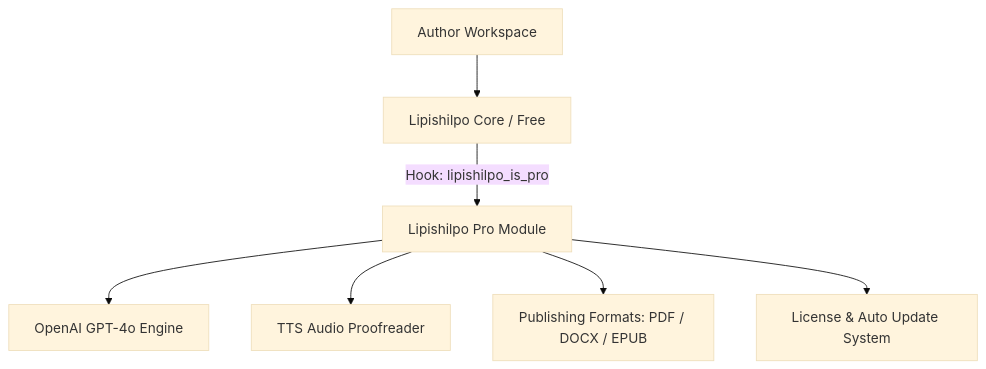
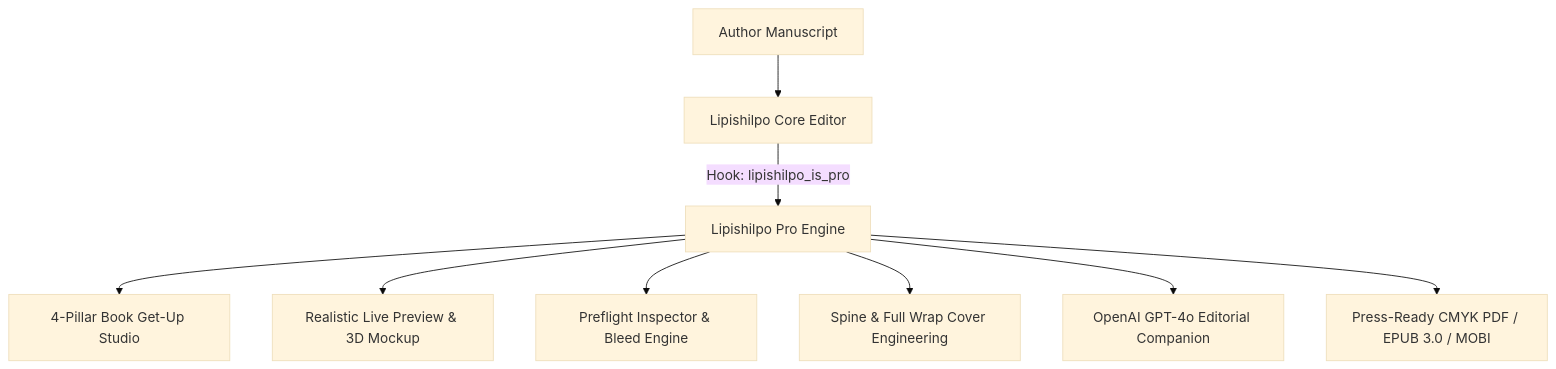
The diagram in PRO_FEATURES.md (itsmanzur/lipishilpo-pro), drawn with Mermaid (base theme) before and after one commit. The commit also changed other lines of this file and 1 other file, not shown here.

Commit message:
docs: update PRO_FEATURES.md and README.md with comprehensive book studio and layout architecture documentation

````diff
--- a/PRO_FEATURES.md
+++ b/PRO_FEATURES.md
@@ -15,9 +16,11 @@
 ```mermaid
 graph TD
-    A[Author Workspace] --> B[Lipishilpo Core / Free]
-    B -->|Hook: lipishilpo_is_pro| C[Lipishilpo Pro Module]
-    C --> D[OpenAI GPT-4o Engine]
-    C --> E[TTS Audio Proofreader]
-    C --> F[Publishing Formats: PDF / DOCX / EPUB]
-    C --> G[License & Auto Update System]
+    A[Author Manuscript] --> B[Lipishilpo Core Editor]
+    B -->|Hook: lipishilpo_is_pro| C[Lipishilpo Pro Engine]
+    C --> D[4-Pillar Book Get-Up Studio]
+    C --> E[Realistic Live Preview & 3D Mockup]
+    C --> F[Preflight Inspector & Bleed Engine]
+    C --> G[Spine & Full Wrap Cover Engineering]
+    C --> H[OpenAI GPT-4o Editorial Companion]
+    C --> I[Press-Ready CMYK PDF / EPUB 3.0 / MOBI]
 ```
````
